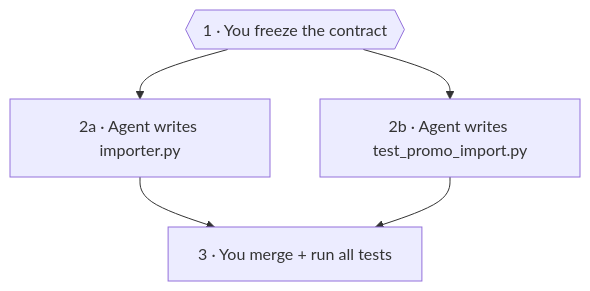
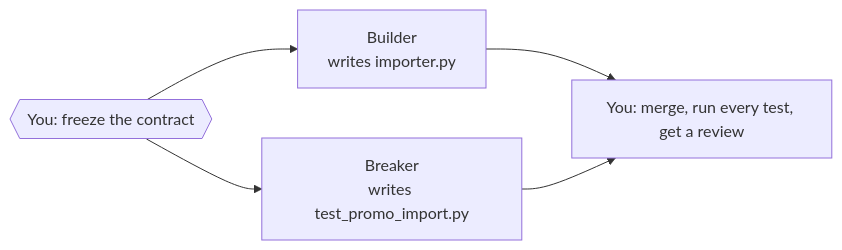
One commit to varoonsahgal/OC-stuff changed the diagram in student/module-1-decomposition.md. Above: the diagram before and after it, drawn with Mermaid. The commit also changed other lines of this file and 24 other files, not shown here.

````diff
--- a/student/module-1-decomposition.md
+++ b/student/module-1-decomposition.md
@@ -77,7 +57,7 @@
 ```mermaid
-flowchart TD
-    C{{"1 · You freeze the contract"}} --> P["2a · Agent writes importer.py"]
-    C --> Q["2b · Agent writes test_promo_import.py"]
-    P --> I["3 · You merge + run all tests"]
-    Q --> I
+flowchart LR
+    F{{"You: freeze the contract"}} --> B["Builder<br/>writes importer.py"]
+    F --> K["Breaker<br/>writes test_promo_import.py"]
+    B --> M["You: merge, run every test, get a review"]
+    K --> M
 ```
````
